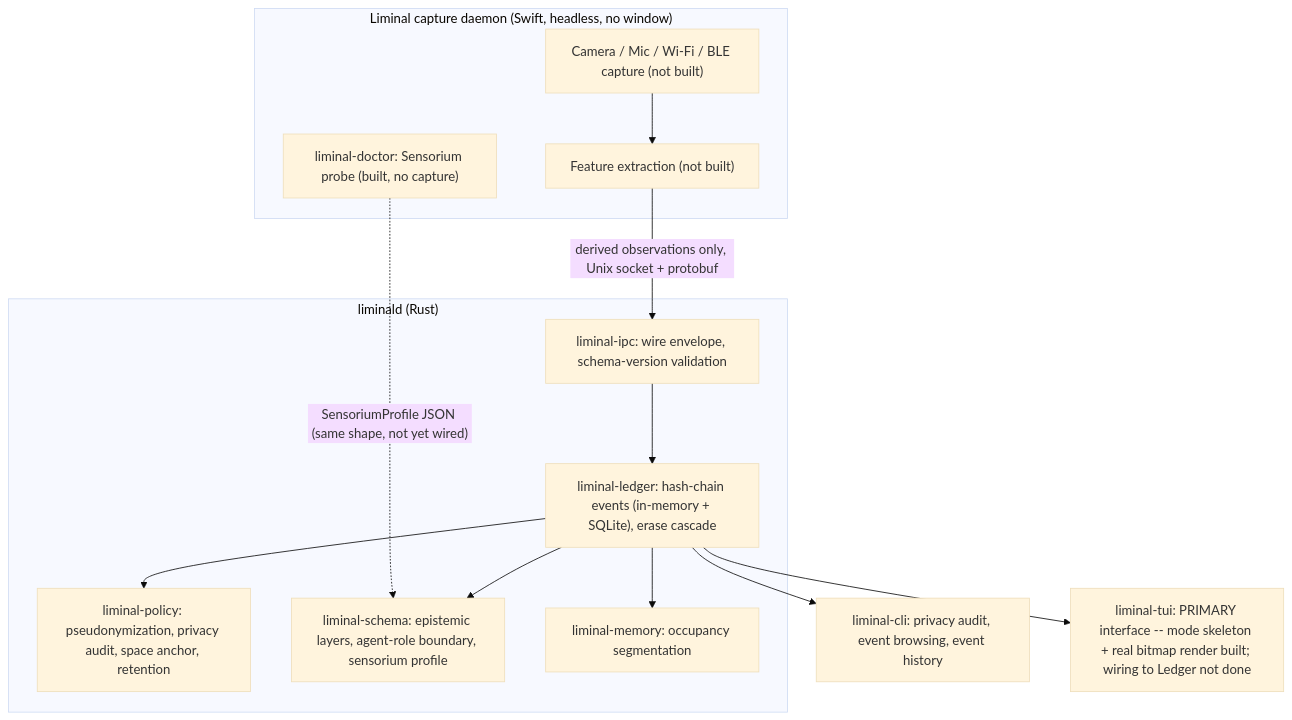
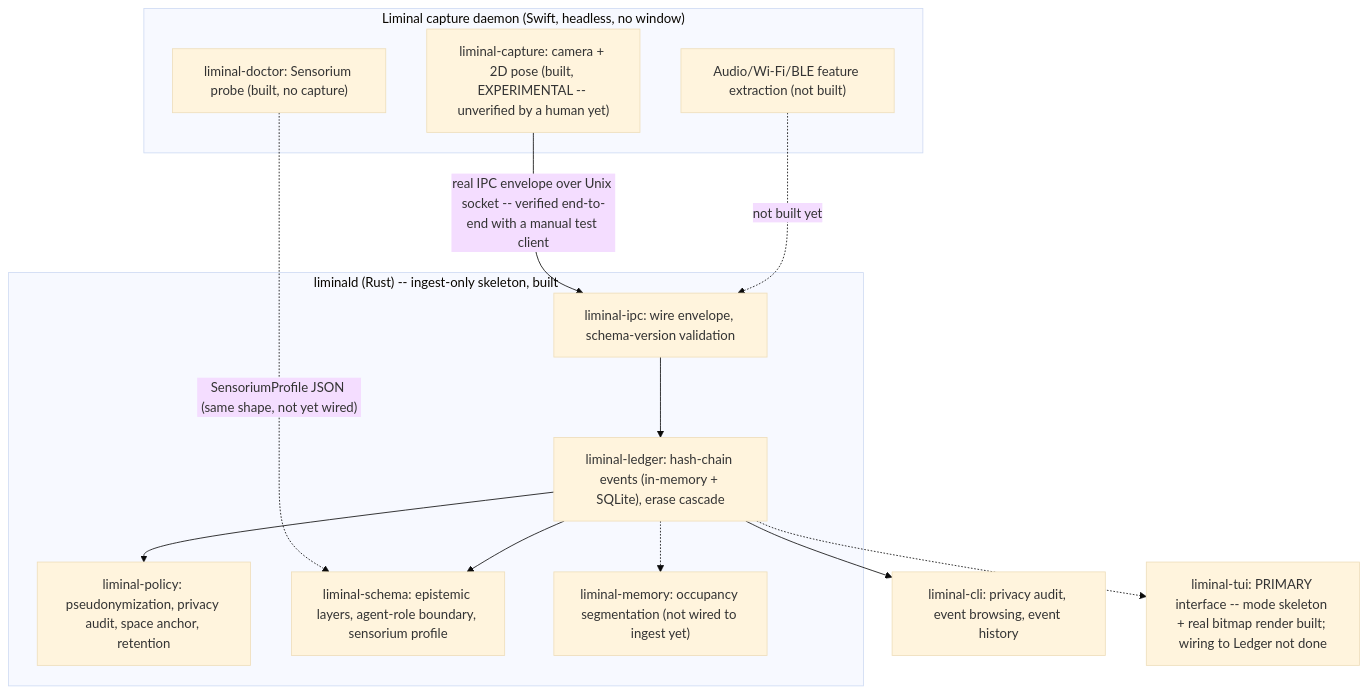
One commit to randyren278/liminal changed the diagram in docs/ARCHITECTURE.md. Above: the diagram before and after it, drawn with Mermaid (base theme). The commit also changed other lines of this file and 10 other files, not shown here.

````diff
--- a/docs/ARCHITECTURE.md
+++ b/docs/ARCHITECTURE.md
@@ -19,27 +19,27 @@
 ```mermaid
 flowchart TB
     subgraph Swift["Liminal capture daemon (Swift, headless, no window)"]
         Doctor["liminal-doctor: Sensorium probe (built, no capture)"]
-        Sensors["Camera / Mic / Wi-Fi / BLE capture (not built)"]
-        Extract["Feature extraction (not built)"]
+        Sensors["liminal-capture: camera + 2D pose (built, EXPERIMENTAL -- unverified by a human yet)"]
+        Extract["Audio/Wi-Fi/BLE feature extraction (not built)"]
     end
-    subgraph Rust["liminald (Rust)"]
+    subgraph Rust["liminald (Rust) -- ingest-only skeleton, built"]
         IPC["liminal-ipc: wire envelope, schema-version validation"]
         Ledger["liminal-ledger: hash-chain events (in-memory + SQLite), erase cascade"]
         Policy["liminal-policy: pseudonymization, privacy audit, space anchor, retention"]
         Schema["liminal-schema: epistemic layers, agent-role boundary, sensorium profile"]
-        Memory["liminal-memory: occupancy segmentation"]
+        Memory["liminal-memory: occupancy segmentation (not wired to ingest yet)"]
     end
     CLI["liminal-cli: privacy audit, event browsing, event history"]
     TUI["liminal-tui: PRIMARY interface -- mode skeleton + real bitmap render built; wiring to Ledger not done"]
 
     Doctor -.->|"SensoriumProfile JSON (same shape, not yet wired)"| Schema
-    Sensors --> Extract
-    Extract -->|"derived observations only, Unix socket + protobuf"| IPC
+    Sensors -->|"real IPC envelope over Unix socket -- verified end-to-end with a manual test client"| IPC
+    Extract -.->|"not built yet"| IPC
     IPC --> Ledger
     Ledger --> Policy
     Ledger --> Schema
-    Ledger --> Memory
+    Ledger -.-> Memory
     Ledger --> CLI
-    Ledger --> TUI
+    Ledger -.-> TUI
 ```
````
